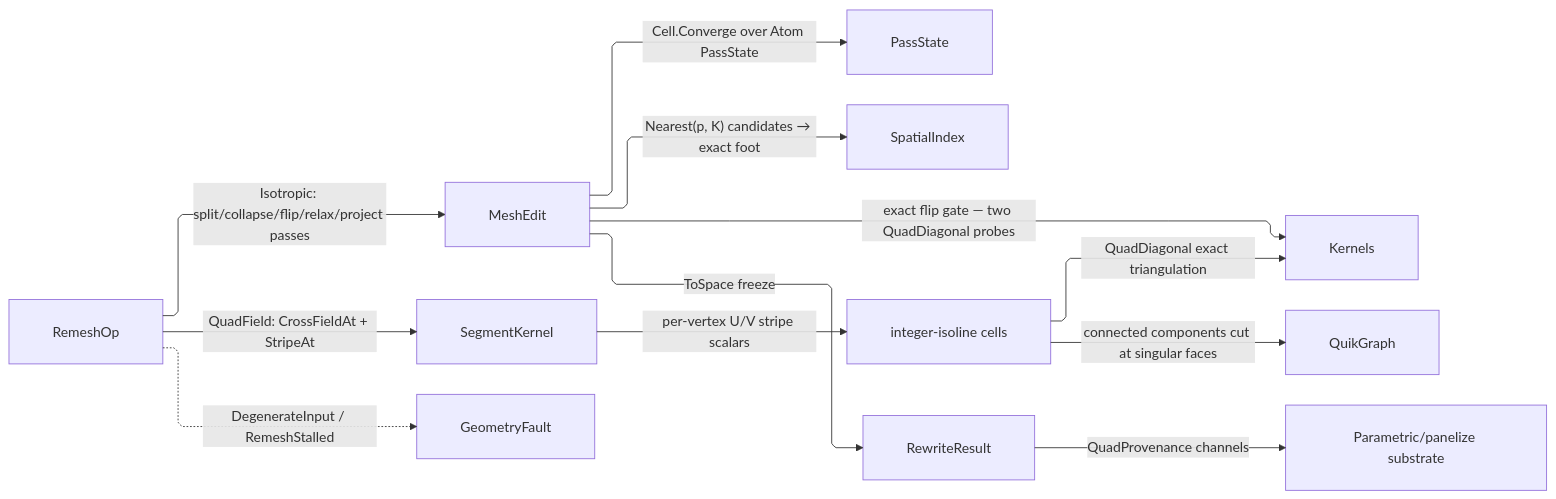
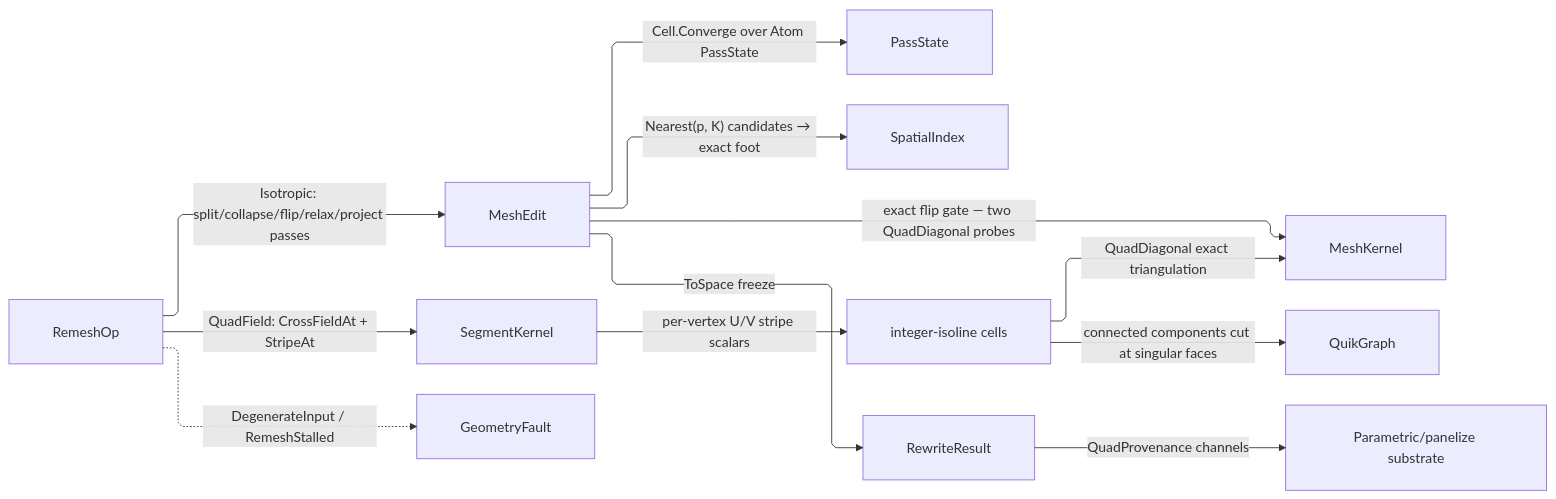
The diagram in libs/dotnet/Rasm/.planning/Processing/remesh.md (bsamiee/Rasm), drawn with Mermaid before and after one commit. The commit also changed other lines of this file and 55 other files, not shown here.

````diff
--- a/libs/dotnet/Rasm/.planning/Processing/remesh.md
+++ b/libs/dotnet/Rasm/.planning/Processing/remesh.md
@@ -556,23 +556,23 @@
 ```mermaid
 ---
 config:
   layout: elk
   flowchart:
     curve: linear
     padding: 25
 ---
 flowchart LR
     accTitle: Remesh dispatch
     accDescr: Isotropic and quad-field rewrites folding the schedule-bounded arena passes onto a typed trace with the stall fault.
     RemeshOp -->|Isotropic: split/collapse/flip/relax/project passes| MeshEdit
     MeshEdit -->|Cell.Converge over Atom PassState| PassState
-    MeshEdit -->|exact flip gate — two QuadDiagonal probes| Kernels
+    MeshEdit -->|exact flip gate — two QuadDiagonal probes| MeshKernel
     MeshEdit -->|"Nearest(p, K) candidates → exact foot"| SpatialIndex
     RemeshOp -->|QuadField: CrossFieldAt + StripeAt| SegmentKernel
     SegmentKernel -->|per-vertex U/V stripe scalars| Extraction["integer-isoline cells"]
     Extraction -->|connected components cut at singular faces| QuikGraph
-    Extraction -->|QuadDiagonal exact triangulation| Kernels
+    Extraction -->|QuadDiagonal exact triangulation| MeshKernel
     MeshEdit -->|ToSpace freeze| RewriteResult
     RewriteResult -->|QuadProvenance channels| Panelize["Parametric/panelize substrate"]
     RemeshOp -.->|DegenerateInput / RemeshStalled| GeometryFault
 ```
````
